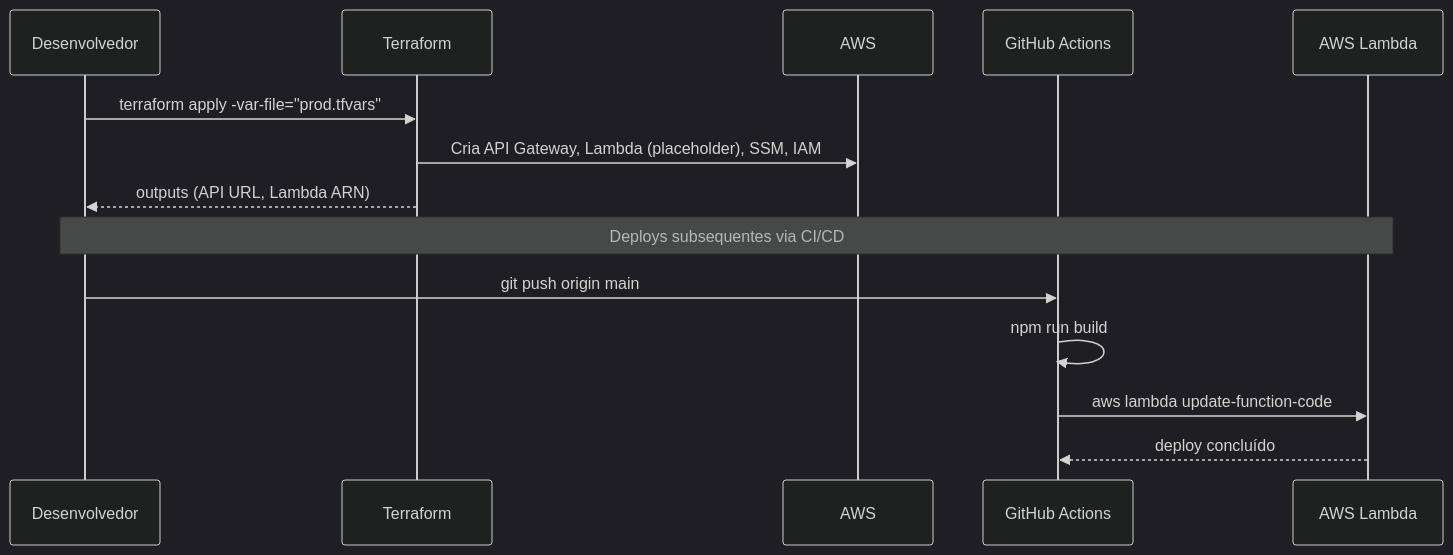
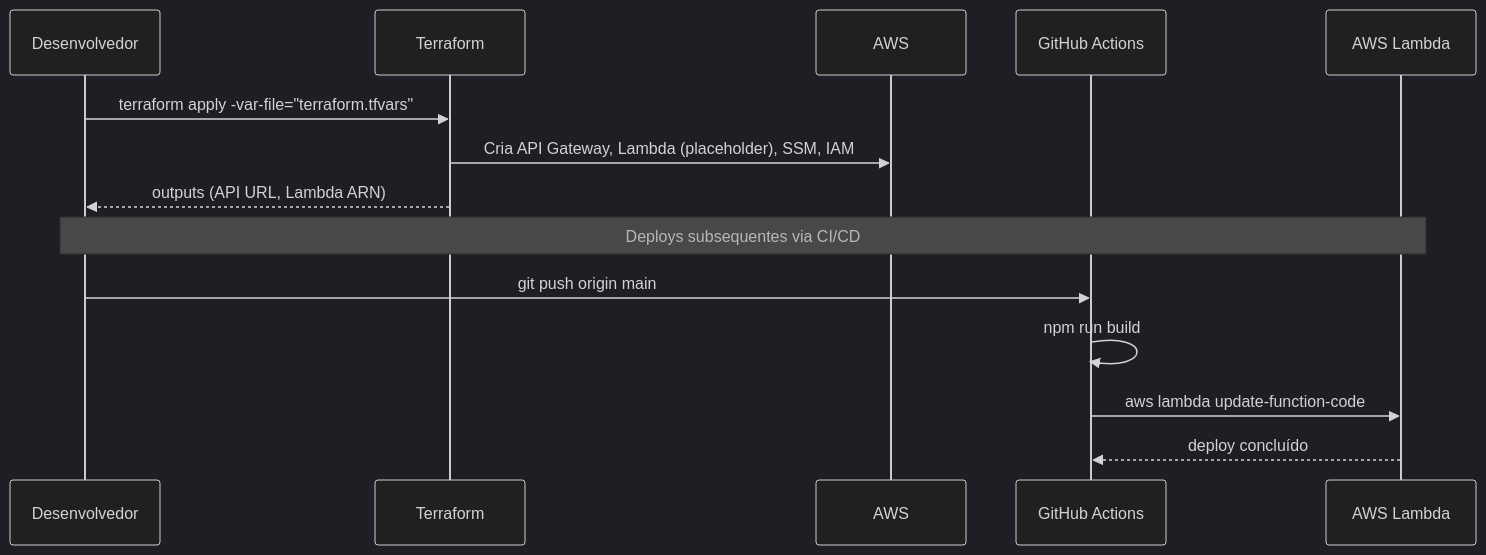
One commit to lgustavosoftwareengineer/zeladoria-inteligente changed the fifth of 5 diagrams in apps/api/README.md. Above: the diagram before and after it, drawn with Mermaid (dark theme). The commit also changed other lines of this file and 1 other file, not shown here.

First line of the commit message:
docs: update README.md for Terraform variable file usage

````diff
--- a/apps/api/README.md
+++ b/apps/api/README.md
@@ -346,19 +346,19 @@
 ```mermaid
 sequenceDiagram
     participant Dev as Desenvolvedor
     participant TF as Terraform
     participant AWS
     participant GH as GitHub Actions
     participant Lambda as AWS Lambda
 
-    Dev->>TF: terraform apply -var-file="prod.tfvars"
+    Dev->>TF: terraform apply -var-file="terraform.tfvars"
     TF->>AWS: Cria API Gateway, Lambda (placeholder), SSM, IAM
     TF-->>Dev: outputs (API URL, Lambda ARN)
 
     Note over Dev,Lambda: Deploys subsequentes via CI/CD
 
     Dev->>GH: git push origin main
     GH->>GH: npm run build
     GH->>Lambda: aws lambda update-function-code
     Lambda-->>GH: deploy concluído
 ```
````
